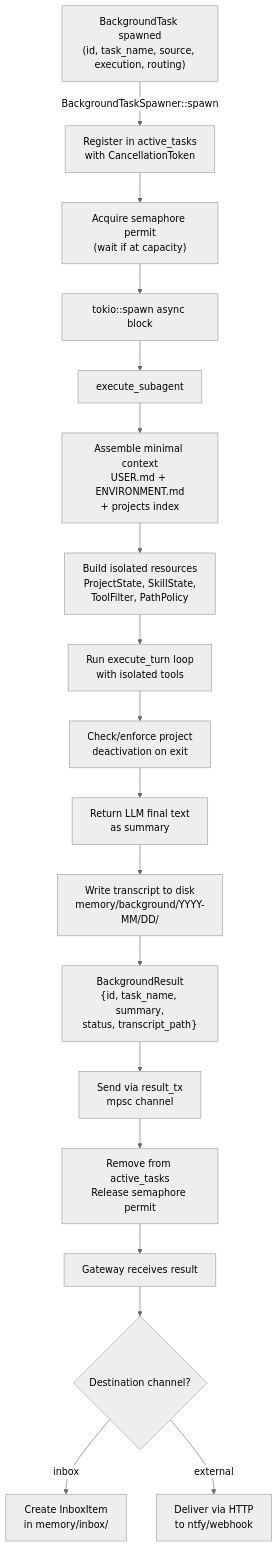
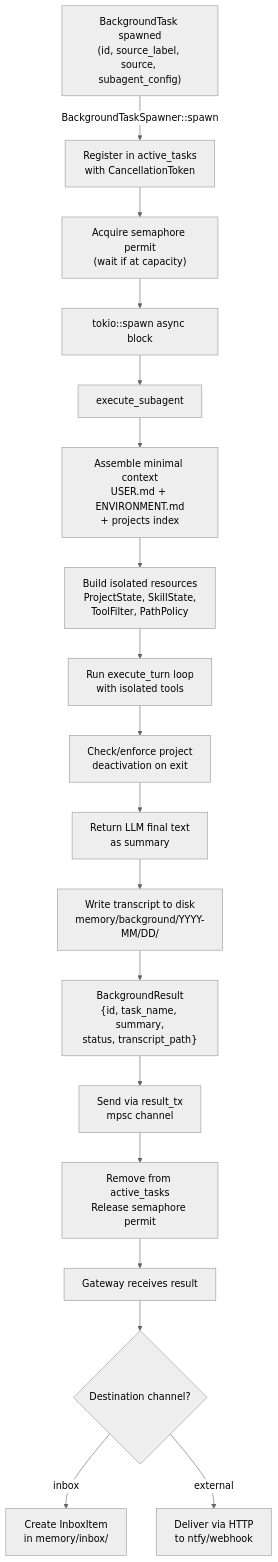
Before and after one commit to Grizzly-Endeavors/residuum: the diagram in src/background/README.md, drawn with Mermaid (neutral theme). The commit also changed other lines of this file and 6 other files, not shown here.

````diff
--- a/src/background/README.md
+++ b/src/background/README.md
@@ -253,26 +252,26 @@
 ```mermaid
 graph TD
-    A["BackgroundTask spawned<br/>(id, task_name, source, execution, routing)"]
+    A["BackgroundTask spawned<br/>(id, source_label, source, subagent_config)"]
     A -->|BackgroundTaskSpawner::spawn| B["Register in active_tasks<br/>with CancellationToken"]
     B --> C["Acquire semaphore permit<br/>(wait if at capacity)"]
     C --> D["tokio::spawn async block"]
 
     D --> F["execute_subagent"]
 
     F --> F1["Assemble minimal context<br/>USER.md + ENVIRONMENT.md<br/>+ projects index"]
     F1 --> F2["Build isolated resources<br/>ProjectState, SkillState,<br/>ToolFilter, PathPolicy"]
     F2 --> F3["Run execute_turn loop<br/>with isolated tools"]
     F3 --> F4["Check/enforce project<br/>deactivation on exit"]
     F4 --> F5["Return LLM final text<br/>as summary"]
 
     F5 --> H["Write transcript to disk<br/>memory/background/YYYY-MM/DD/"]
 
     H --> I["BackgroundResult<br/>{id, task_name, summary,<br/>status, transcript_path}"]
     I --> J["Send via result_tx<br/>mpsc channel"]
     J --> K["Remove from active_tasks<br/>Release semaphore permit"]
 
     K --> L["Gateway receives result"]
     L --> P{Destination channel?}
     P -->|inbox| R["Create InboxItem<br/>in memory/inbox/"]
     P -->|external| S["Deliver via HTTP<br/>to ntfy/webhook"]
 ```
````
